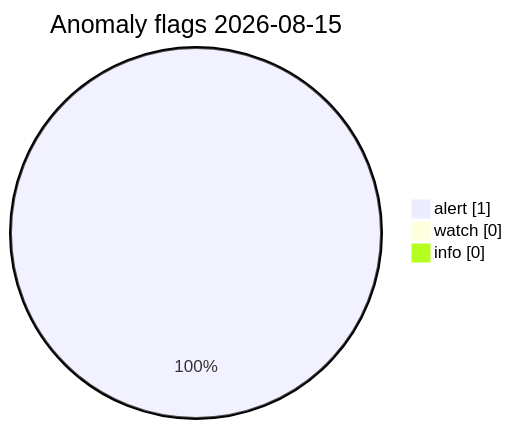
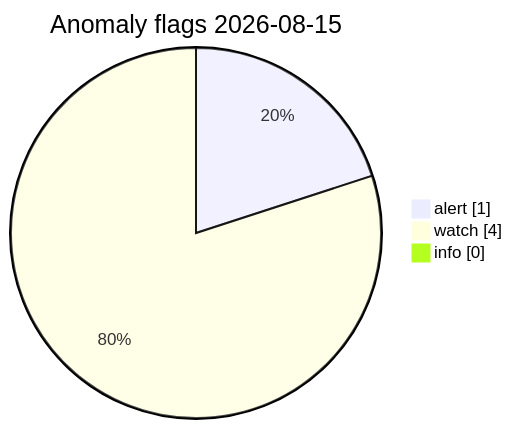
One commit to Midwest-Stratospheric/Unified-Open-Global-Weather changed the diagram in visuals/latest/CHARTS.md. Above: the diagram before and after it, drawn with Mermaid. The commit also changed other lines of this file and 13 other files, not shown here.

Commit message:
data(visuals): automated charts 2026-08-15T10:02Z

````diff
--- a/visuals/latest/CHARTS.md
+++ b/visuals/latest/CHARTS.md
@@ -73,7 +73,7 @@
 ```mermaid
 pie showData
   title Anomaly flags 2026-08-15
   "alert" : 1
-  "watch" : 0
+  "watch" : 4
   "info" : 0
 ```
````
